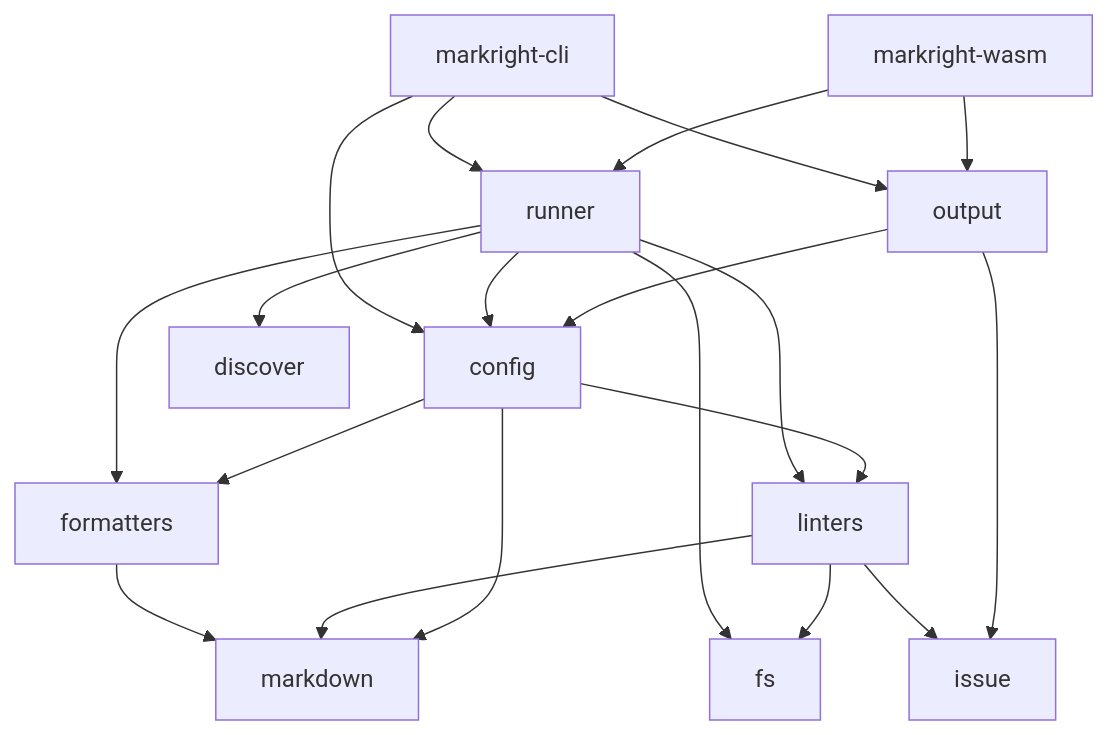
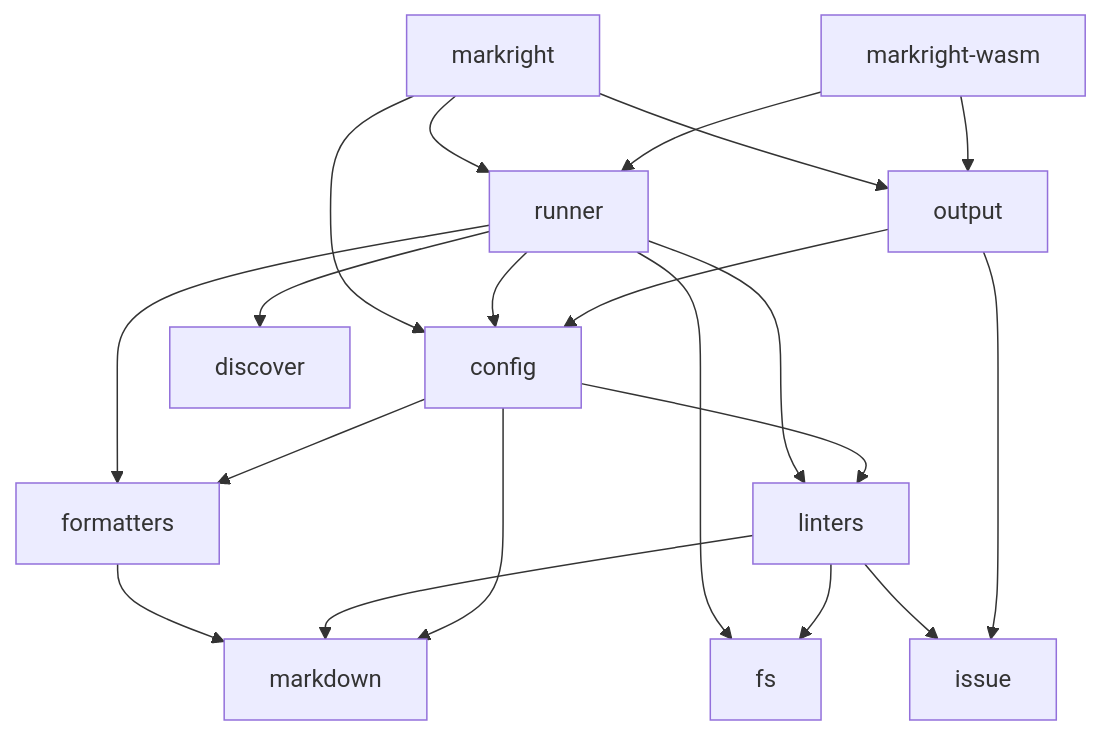
The second of 2 diagrams in docs/architecture.md (vertyll/markright), drawn with Mermaid before and after one commit. The commit also changed other lines of this file and 86 other files, not shown here.

````diff
--- a/docs/architecture.md
+++ b/docs/architecture.md
@@ -60,22 +61,22 @@
 ```mermaid
 flowchart TD
-    cli[markright-cli] --> runner
+    cli[markright] --> runner
     cli --> config
     cli --> output
     wasm[markright-wasm] --> runner
     wasm --> output
     runner --> formatters
     runner --> linters
     runner --> discover
     runner --> fs
     runner --> config
     formatters --> markdown
     linters --> markdown
     linters --> fs
     linters --> issue
     config --> formatters
     config --> linters
     config --> markdown
     output --> config
     output --> issue
 ```
````
